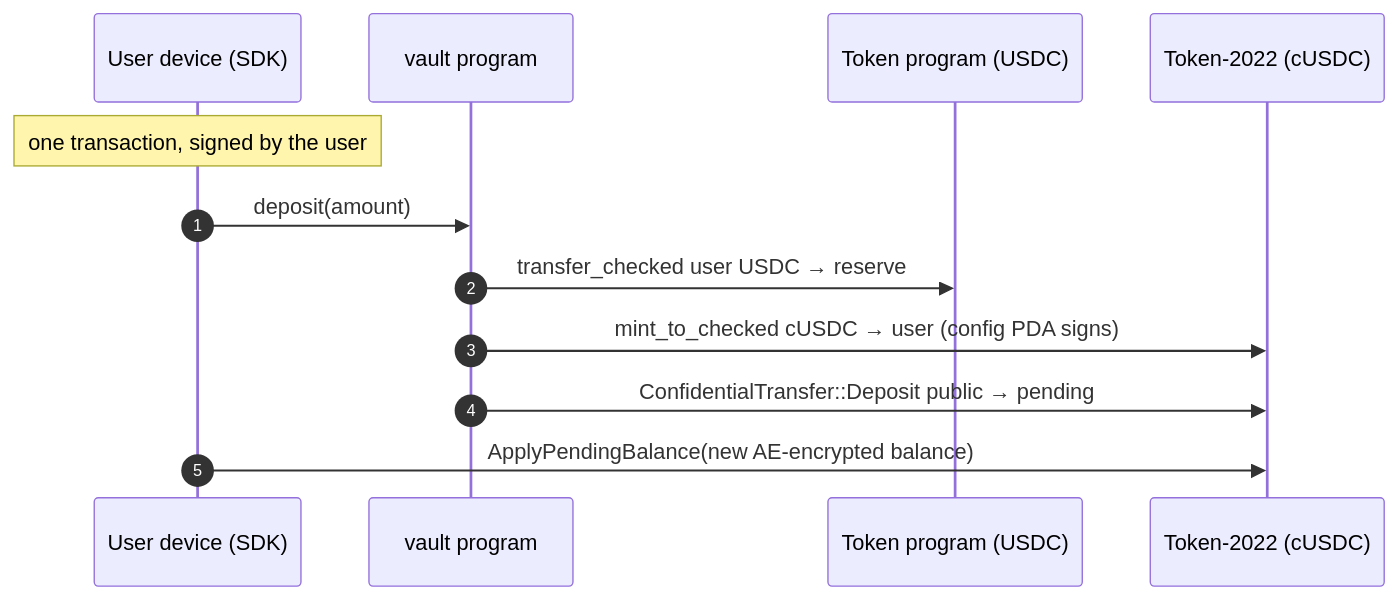
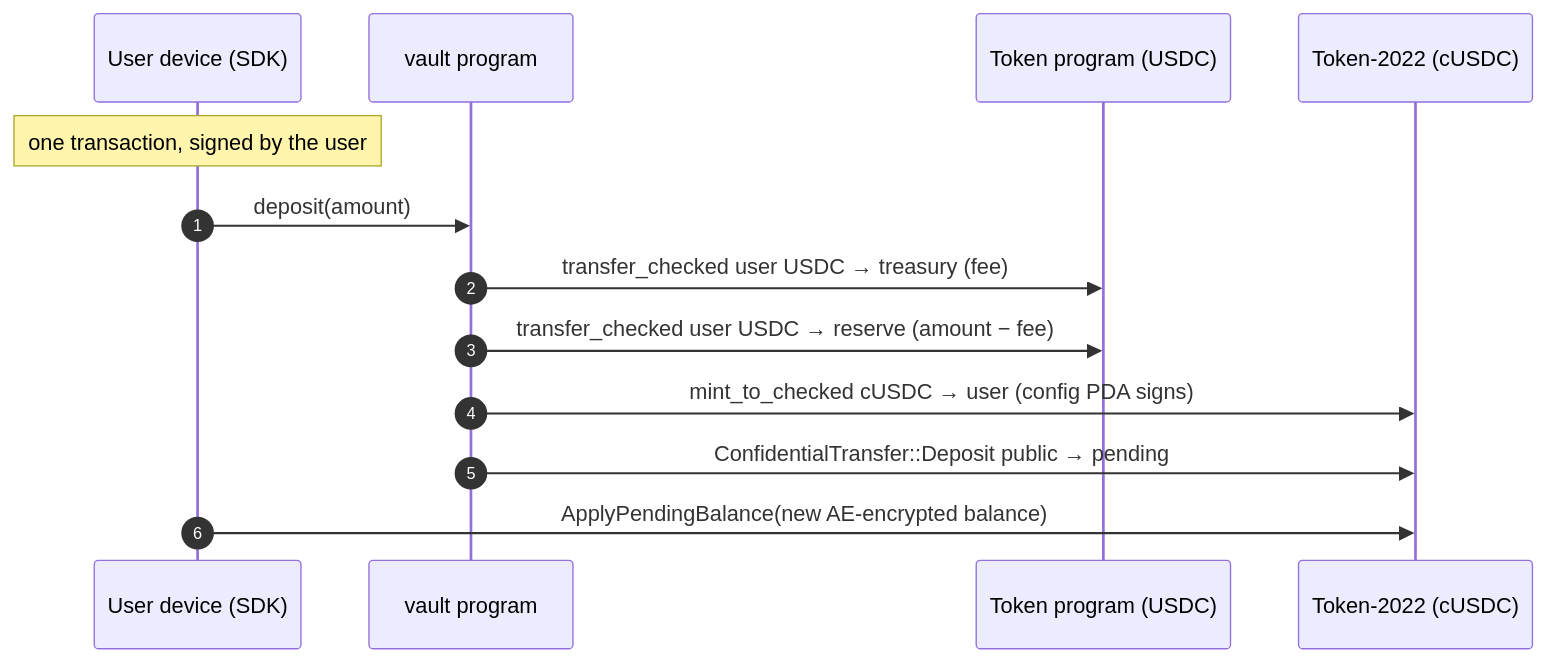
Before and after one commit to AlexSkidanov/vexa-finance: the fourth of 6 diagrams in docs/ARCHITECTURE.md, drawn with Mermaid. The commit also changed other lines of this file and 4 other files, not shown here.

````diff
--- a/docs/ARCHITECTURE.md
+++ b/docs/ARCHITECTURE.md
@@ -98,15 +98,16 @@
 ```mermaid
 sequenceDiagram
   autonumber
   participant U as User device (SDK)
   participant V as vault program
   participant T as Token program (USDC)
   participant T22 as Token-2022 (cUSDC)
 
   Note over U: one transaction, signed by the user
   U->>V: deposit(amount)
-  V->>T: transfer_checked user USDC → reserve
+  V->>T: transfer_checked user USDC → treasury (fee)
+  V->>T: transfer_checked user USDC → reserve (amount − fee)
   V->>T22: mint_to_checked cUSDC → user (config PDA signs)
   V->>T22: ConfidentialTransfer::Deposit public → pending
   U->>T22: ApplyPendingBalance(new AE-encrypted balance)
 ```
````
